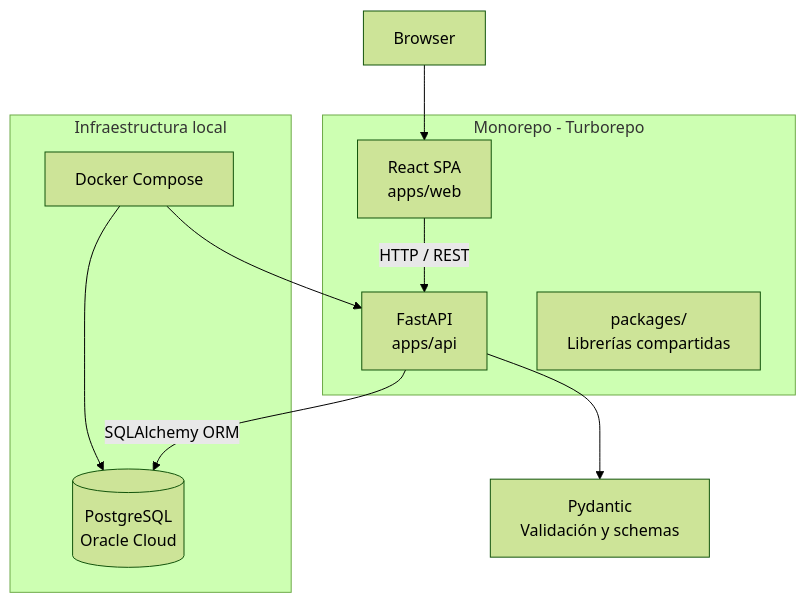
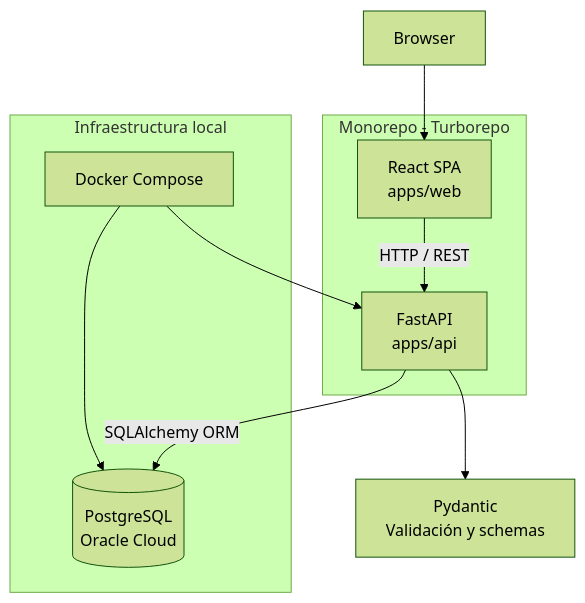
The diagram in README.md (marmedsan6/GlyphLog), drawn with Mermaid (forest theme) before and after one commit. The commit also changed other lines of this file and 41 other files, not shown here.

````diff
--- a/README.md
+++ b/README.md
@@ -43,19 +43,18 @@
 ```mermaid
 graph TD
     A[Browser] --> B[React SPA\napps/web]
     B -->|HTTP / REST| C[FastAPI\napps/api]
     C -->|SQLAlchemy ORM| D[(PostgreSQL\nOracle Cloud)]
     C --> E[Pydantic\nValidación y schemas]
 
     subgraph Monorepo - Turborepo
         B
         C
-        F[packages/\nLibrerías compartidas]
     end
 
     subgraph Infraestructura local
         G[Docker Compose]
         G --> C
         G --> D
     end
 ```
````
